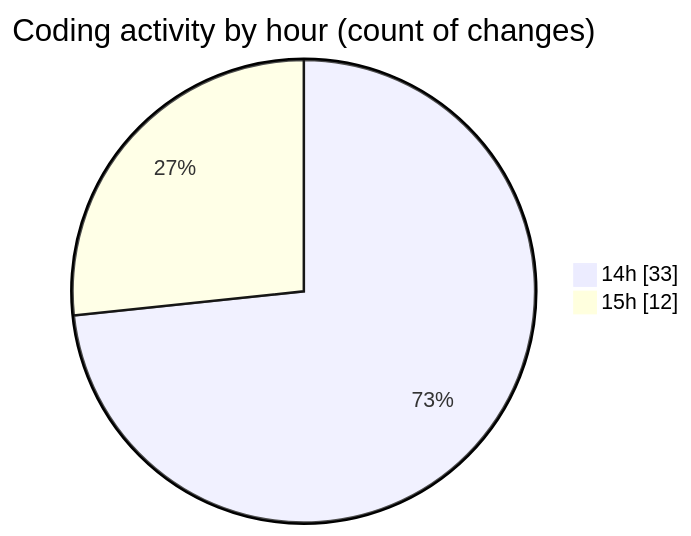
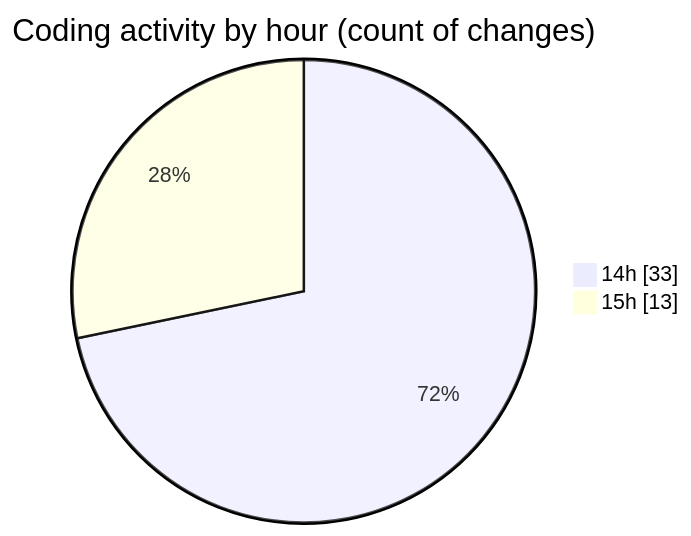
Before and after one commit to jadenblack/code-tracking: the second of 2 diagrams in 2026-03-04/shadcn-admin-kit-main__workspace_/README.md, drawn with Mermaid. The commit also changed other lines of this file and 1 other file, not shown here.

````diff
--- a/2026-03-04/shadcn-admin-kit-main__workspace_/README.md
+++ b/2026-03-04/shadcn-admin-kit-main__workspace_/README.md
@@ -55,6 +56,6 @@
 ```mermaid
 pie showData
 title Coding activity by hour (count of changes)
 "14h" : 33
-"15h" : 12
+"15h" : 13
 ```
````
